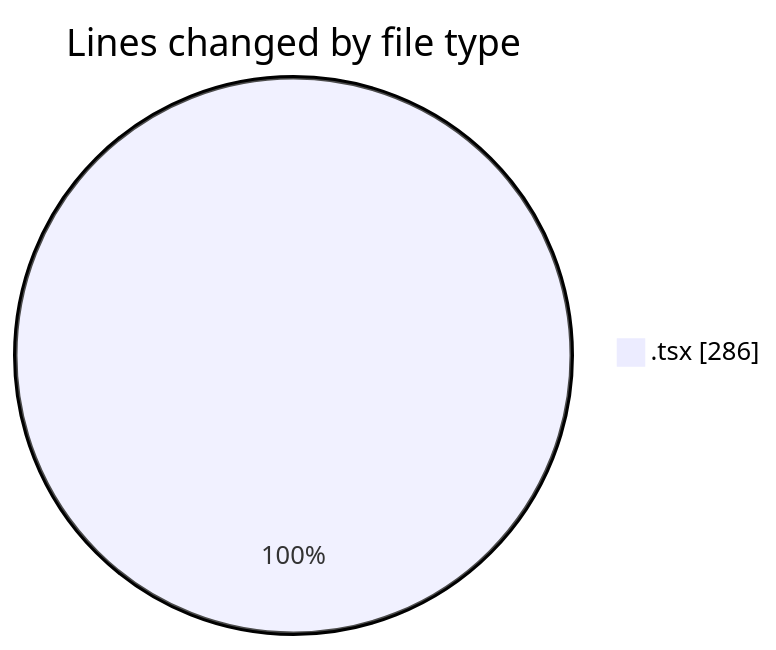
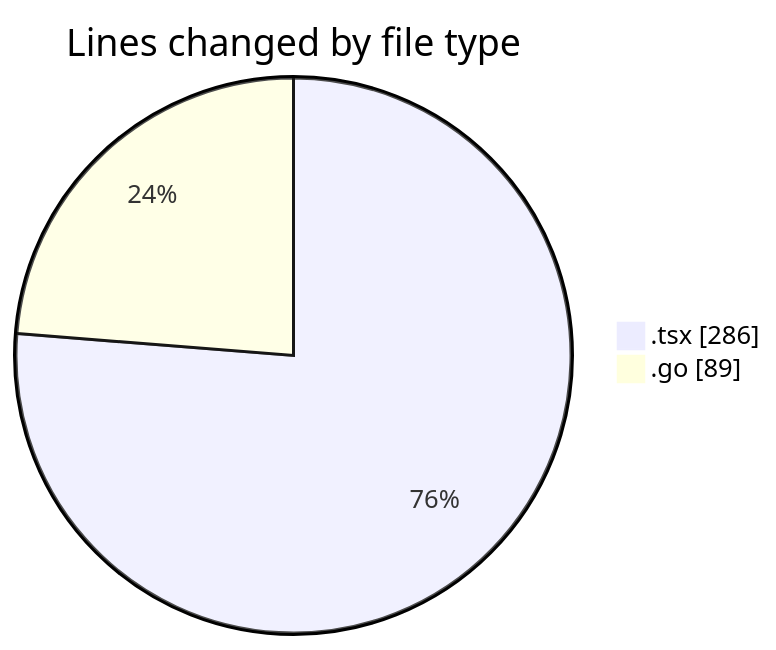
One commit to robertbonfada/code-tracking changed the first of 2 diagrams in 2025-03-04/termonied_testador/README.md. Above: the diagram before and after it, drawn with Mermaid. The commit also changed other lines of this file and 1 other file, not shown here.

````diff
--- a/2025-03-04/termonied_testador/README.md
+++ b/2025-03-04/termonied_testador/README.md
@@ -21,5 +22,6 @@
 ```mermaid
 pie showData
 title Lines changed by file type
 ".tsx" : 286
+".go" : 89
 ```
````
